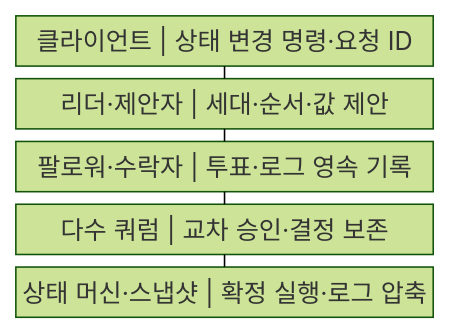
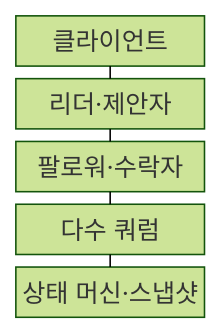
The first of 2 diagrams in src/content/docs/notes/03-software/177_distributed_consensus_raft_paxos.md (agnusdei1207/knowledge-base), drawn with Mermaid (forest theme) before and after one commit. The commit also changed other lines of this file and 238 other files, not shown here.

````diff
--- a/src/content/docs/notes/03-software/177_distributed_consensus_raft_paxos.md
+++ b/src/content/docs/notes/03-software/177_distributed_consensus_raft_paxos.md
@@ -55,13 +55,13 @@
 ```mermaid
-block
+block-beta
     columns 1
-    A["클라이언트 | 상태 변경 명령·요청 ID"]
-    B["리더·제안자 | 세대·순서·값 제안"]
-    C["팔로워·수락자 | 투표·로그 영속 기록"]
-    D["다수 쿼럼 | 교차 승인·결정 보존"]
-    E["상태 머신·스냅샷 | 확정 실행·로그 압축"]
+    A["클라이언트"]
+    B["리더·제안자"]
+    C["팔로워·수락자"]
+    D["다수 쿼럼"]
+    E["상태 머신·스냅샷"]
     A --- B
     B --- C
     C --- D
     D --- E
 ```
````
